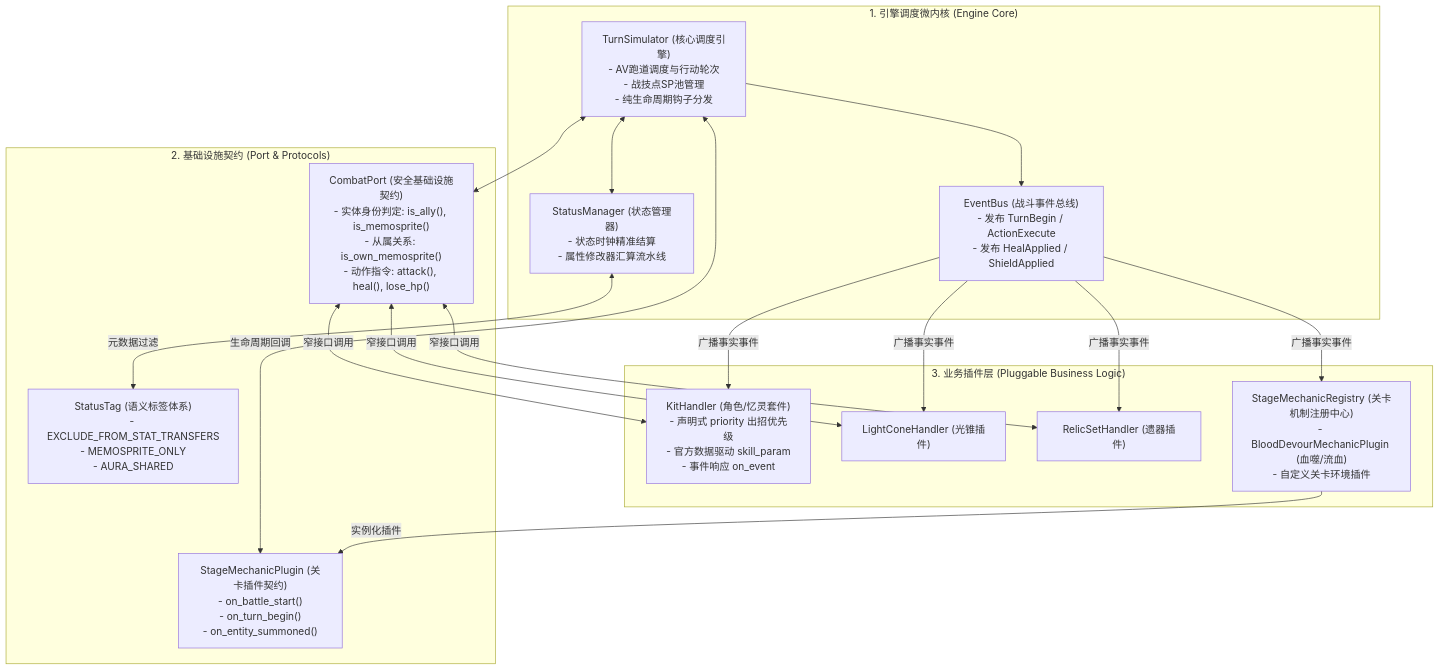
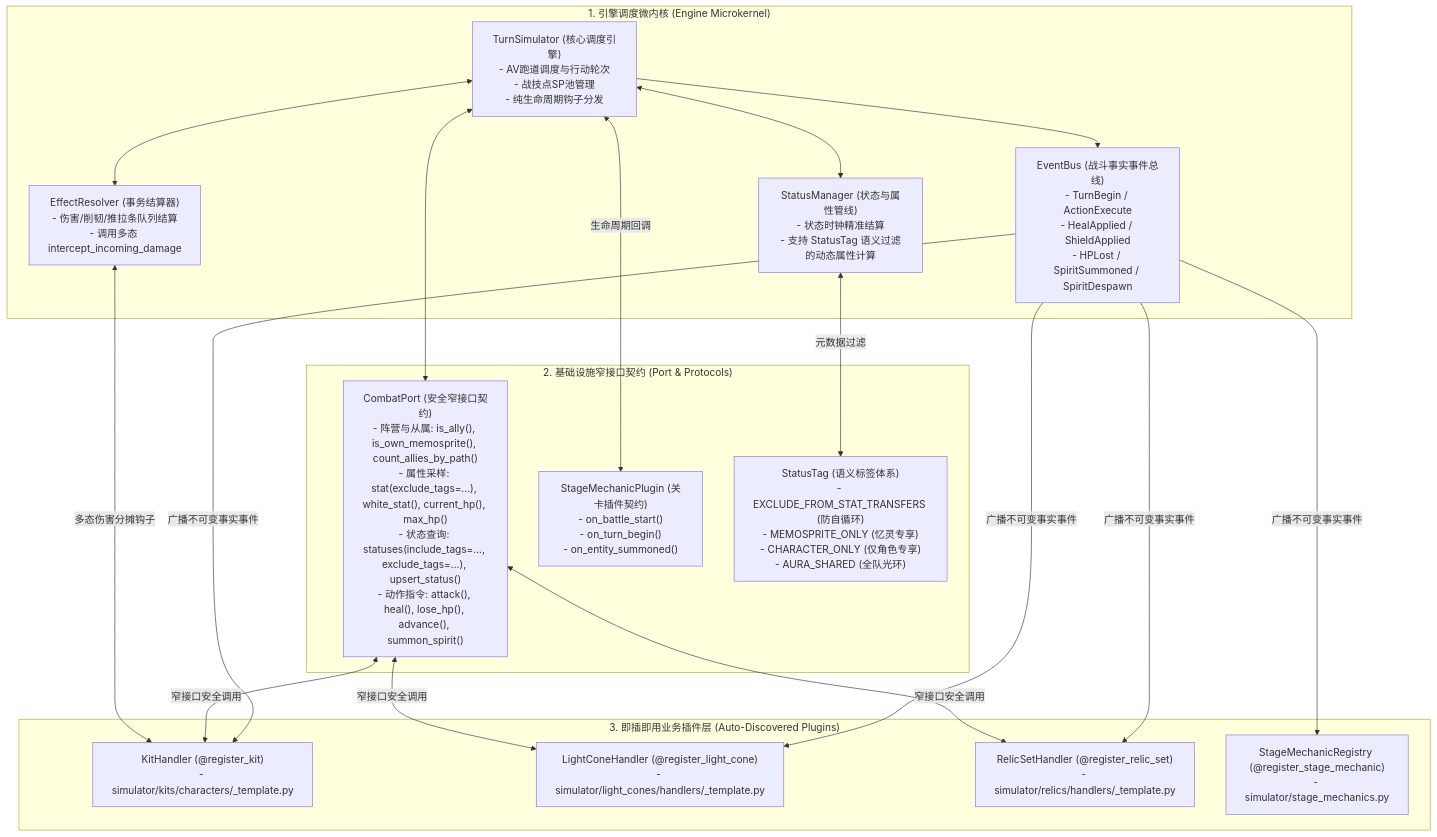
The diagram in DEVELOPER_GUIDE.md (sagirisensee/StarRail-Combat-Simulator), drawn with Mermaid before and after one commit. The commit also changed other lines of this file and 33 other files, not shown here.

````diff
--- a/DEVELOPER_GUIDE.md
+++ b/DEVELOPER_GUIDE.md
@@ -14,30 +14,32 @@
 ```mermaid
 flowchart TD
-    subgraph 引擎核心层 ["1. 引擎调度微内核 (Engine Core)"]
+    subgraph 引擎核心层 ["1. 引擎调度微内核 (Engine Microkernel)"]
         TS["TurnSimulator (核心调度引擎)\n- AV跑道调度与行动轮次\n- 战技点SP池管理\n- 纯生命周期钩子分发"]
-        EB["EventBus (战斗事件总线)\n- 发布 TurnBegin / ActionExecute\n- 发布 HealApplied / ShieldApplied"]
-        SM["StatusManager (状态管理器)\n- 状态时钟精准结算\n- 属性修改器汇算流水线"]
+        ER["EffectResolver (事务结算器)\n- 伤害/削韧/推拉条队列结算\n- 调用多态 intercept_incoming_damage"]
+        EB["EventBus (战斗事实事件总线)\n- TurnBegin / ActionExecute\n- HealApplied / ShieldApplied\n- HPLost / SpiritSummoned / SpiritDespawn"]
+        SM["StatusManager (状态与属性管线)\n- 状态时钟精准结算\n- 支持 StatusTag 语义过滤的动态属性计算"]
     end
 
-    subgraph 协议隔离层 ["2. 基础设施契约 (Port & Protocols)"]
-        CP["CombatPort (安全基础设施契约)\n- 实体身份判定: is_ally(), is_memosprite()\n- 从属关系: is_own_memosprite()\n- 动作指令: attack(), heal(), lose_hp()"]
+    subgraph 协议隔离层 ["2. 基础设施窄接口契约 (Port & Protocols)"]
+        CP["CombatPort (安全窄接口契约)\n- 阵营与从属: is_ally(), is_own_memosprite(), count_allies_by_path()\n- 属性采样: stat(exclude_tags=...), white_stat(), current_hp(), max_hp()\n- 状态查询: statuses(include_tags=..., exclude_tags=...), upsert_status()\n- 动作指令: attack(), heal(), lose_hp(), advance(), summon_spirit()"]
         SMP["StageMechanicPlugin (关卡插件契约)\n- on_battle_start()\n- on_turn_begin()\n- on_entity_summoned()"]
-        TAG["StatusTag (语义标签体系)\n- EXCLUDE_FROM_STAT_TRANSFERS\n- MEMOSPRITE_ONLY\n- AURA_SHARED"]
+        TAG["StatusTag (语义标签体系)\n- EXCLUDE_FROM_STAT_TRANSFERS (防自循环)\n- MEMOSPRITE_ONLY (忆灵专享)\n- CHARACTER_ONLY (仅角色专享)\n- AURA_SHARED (全队光环)"]
     end
 
-    subgraph 业务插件层 ["3. 业务插件层 (Pluggable Business Logic)"]
-        KH["KitHandler (角色/忆灵套件)\n- 声明式 priority 出招优先级\n- 官方数据驱动 skill_param\n- 事件响应 on_event"]
-        LCH["LightConeHandler (光锥插件)"]
-        RH["RelicSetHandler (遗器插件)"]
-        SMR["StageMechanicRegistry (关卡机制注册中心)\n- BloodDevourMechanicPlugin (血噬/流血)\n- 自定义关卡环境插件"]
+    subgraph 业务插件层 ["3. 即插即用业务插件层 (Auto-Discovered Plugins)"]
+        KH["KitHandler (@register_kit)\n- simulator/kits/characters/_template.py"]
+        LCH["LightConeHandler (@register_light_cone)\n- simulator/light_cones/handlers/_template.py"]
+        RH["RelicSetHandler (@register_relic_set)\n- simulator/relics/handlers/_template.py"]
+        SMR["StageMechanicRegistry (@register_stage_mechanic)\n- simulator/stage_mechanics.py"]
     end
 
     TS <--> CP
+    TS <--> ER
     TS --> EB
     TS <--> SM
-    EB -->|广播事实事件| KH & LCH & RH & SMR
-    CP <-->|窄接口调用| KH & LCH & RH
+    EB -->|广播不可变事实事件| KH & LCH & RH & SMR
+    CP <-->|窄接口安全调用| KH & LCH & RH
+    ER <-->|多态伤害分摊钩子| KH
     TS <-->|生命周期回调| SMP
-    SMR -->|实例化插件| SMP
     SM <-->|元数据过滤| TAG
 ```
````
